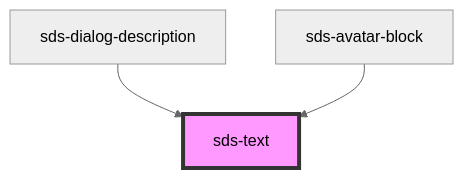
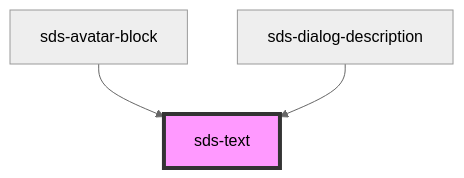
Before and after one commit to chodgesfigma/sds-mono: the diagram in packages/sds-web-components/src/ui/primitives/Text/sds-text/readme.md, drawn with Mermaid (neutral theme). The commit also changed other lines of this file and 12 other files, not shown here.

````diff
--- a/packages/sds-web-components/src/ui/primitives/Text/sds-text/readme.md
+++ b/packages/sds-web-components/src/ui/primitives/Text/sds-text/readme.md
@@ -21,6 +22,6 @@
 ```mermaid
 graph TD;
+  sds-avatar-block --> sds-text
   sds-dialog-description --> sds-text
-  sds-avatar-block --> sds-text
   style sds-text fill:#f9f,stroke:#333,stroke-width:4px
 ```
````
